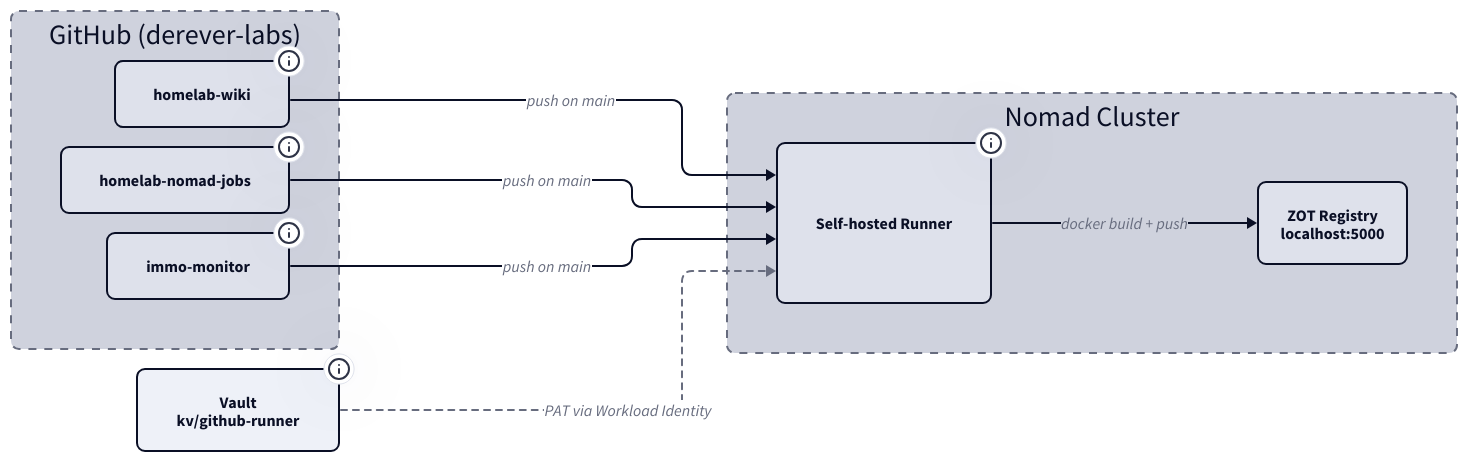
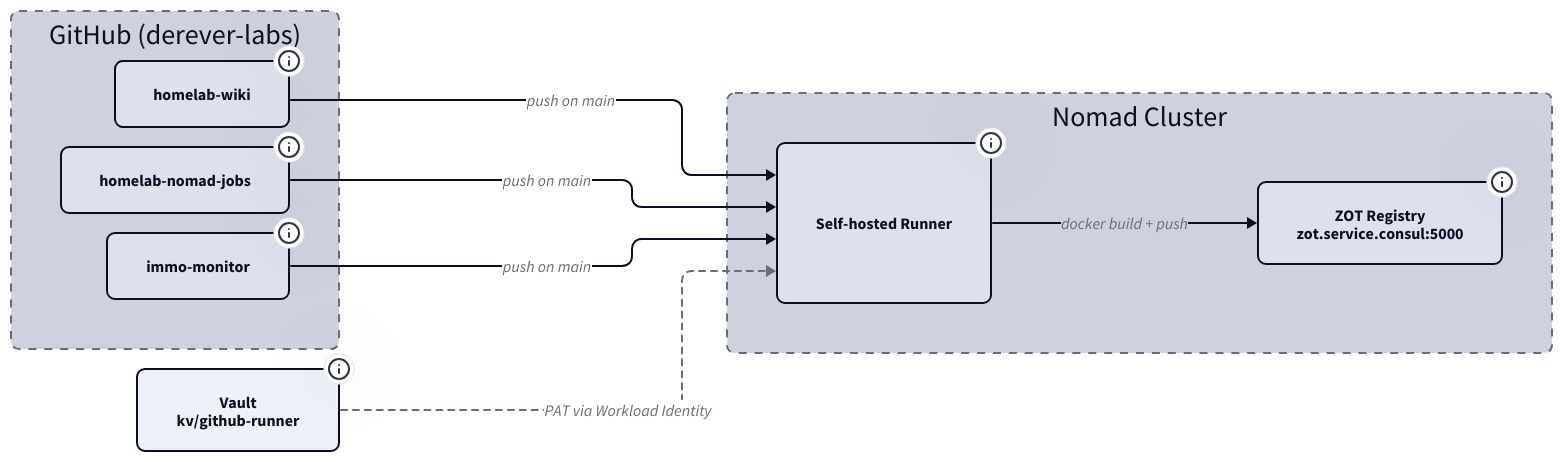
Before and after one commit to derever-labs/homelab-wiki: the diagram in docs/github-runner/index.md, drawn with D2. The commit also changed other lines of this file and 2 other files, not shown here.

First line of the commit message:
fix(github-runner): Pipeline- und Policy-Fakten (#62)

````diff
--- a/docs/github-runner/index.md
+++ b/docs/github-runner/index.md
@@ -30,67 +30,68 @@
 ```d2
 direction: right
 
 vars: {
   d2-config: {
     theme-id: 1
     layout-engine: elk
   }
 }
 
 classes: {
   node: {
     style: {
       border-radius: 8
     }
   }
   container: {
     style: {
       border-radius: 8
       stroke-dash: 4
     }
   }
 }
 
 github: GitHub (derever-labs) {
   class: container
 
   wiki: homelab-wiki {
     class: node
     tooltip: "VitePress Build + Webhook"
   }
   nomad-jobs: homelab-nomad-jobs {
     class: node
     tooltip: "Container Build + Deploy"
   }
   immo: immo-monitor {
     class: node
     tooltip: "Container Build + Deploy"
   }
 }
 
 nomad: Nomad Cluster {
   class: container
 
   runner: Self-hosted Runner {
     class: node
     tooltip: "RUNNER_SCOPE=org\nPrivileged, Host-Networking\nclient-05 oder client-06"
   }
-  zot: ZOT Registry\nlocalhost:5000 {
+  zot: ZOT Registry\nzot.service.consul:5000 {
     class: node
+    tooltip: "Auflösung via Consul-DNS | Runner nutzt Host-Networking"
   }
 }
 
 vault: Vault\nkv/github-runner {
   class: node
   tooltip: "Classic PAT (permanent)\nScopes: repo, workflow, admin:org"
 }
 
 github.wiki -> nomad.runner: push on main
 github.nomad-jobs -> nomad.runner: push on main
 github.immo -> nomad.runner: push on main
 
 nomad.runner -> nomad.zot: docker build + push
 vault -> nomad.runner: PAT via Workload Identity {
   style.stroke-dash: 3
 }
 ```
````
